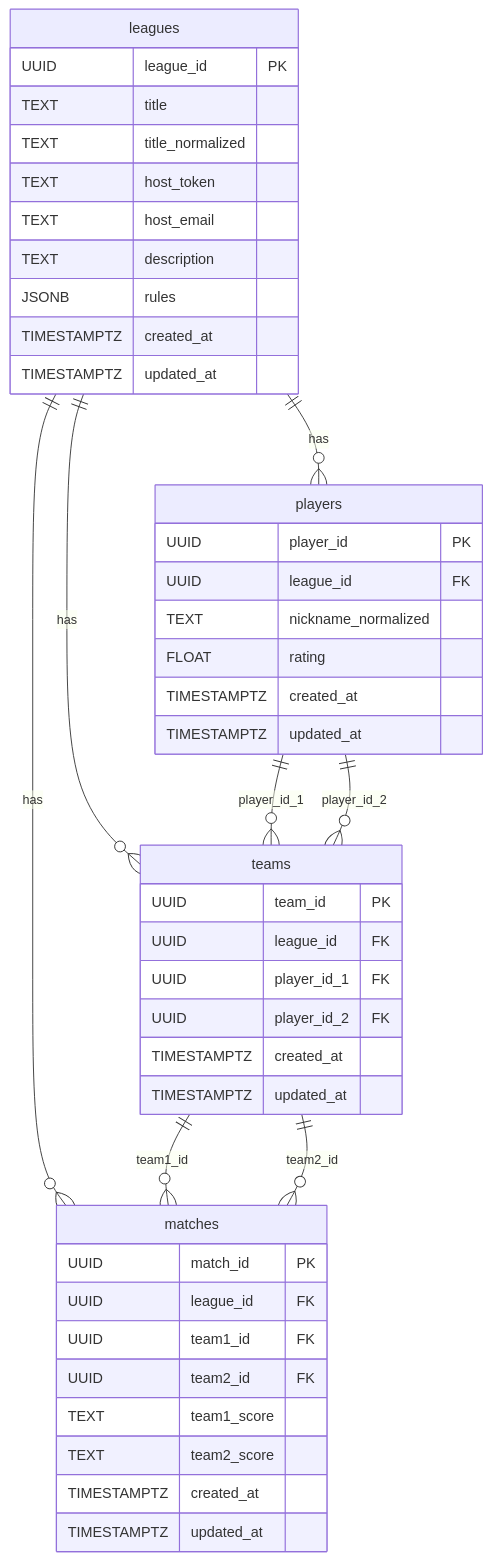
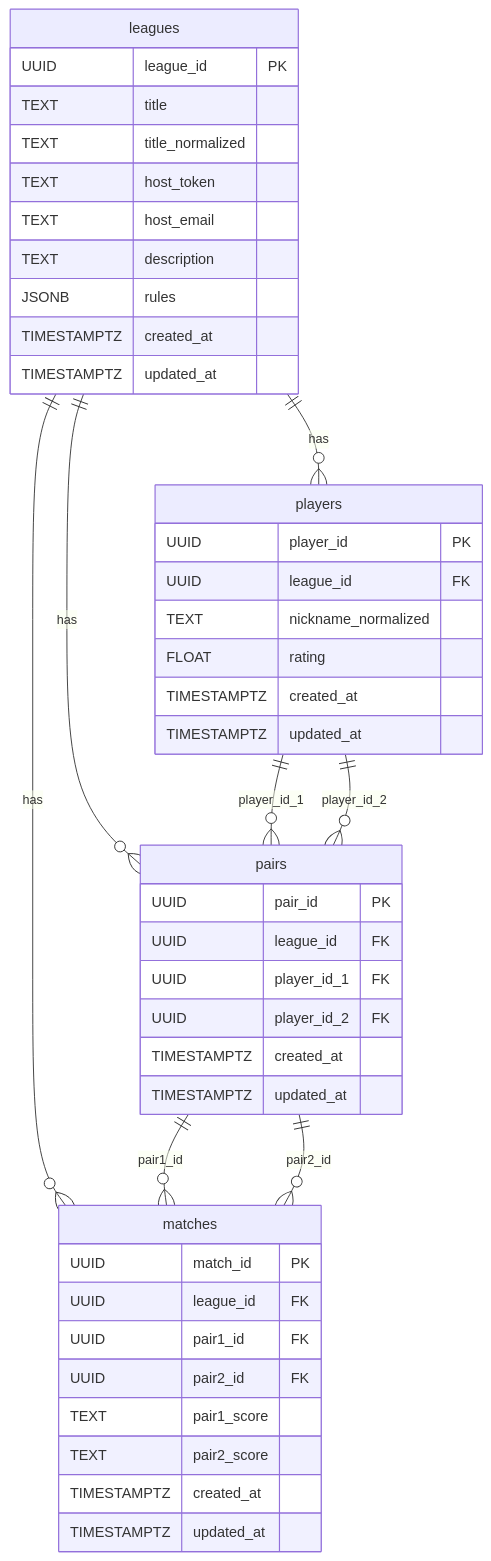
Before and after one commit to swjeong0825/TLMB_backend_main: the diagram in Design_Doc/TLMB_Design_doc/12_persistence_strategy.md, drawn with Mermaid. The commit also changed other lines of this file and 113 other files, not shown here.

Commit message:
team_to_pair_migration

````diff
--- a/Design_Doc/TLMB_Design_doc/12_persistence_strategy.md
+++ b/Design_Doc/TLMB_Design_doc/12_persistence_strategy.md
@@ -14,47 +14,47 @@
 ```mermaid
 erDiagram
     leagues {
         UUID league_id PK
         TEXT title
         TEXT title_normalized
         TEXT host_token
         TEXT host_email
         TEXT description
         JSONB rules
         TIMESTAMPTZ created_at
         TIMESTAMPTZ updated_at
     }
     players {
         UUID player_id PK
         UUID league_id FK
         TEXT nickname_normalized
         FLOAT rating
         TIMESTAMPTZ created_at
         TIMESTAMPTZ updated_at
     }
-    teams {
-        UUID team_id PK
+    pairs {
+        UUID pair_id PK
         UUID league_id FK
         UUID player_id_1 FK
         UUID player_id_2 FK
         TIMESTAMPTZ created_at
         TIMESTAMPTZ updated_at
     }
     matches {
         UUID match_id PK
         UUID league_id FK
-        UUID team1_id FK
-        UUID team2_id FK
-        TEXT team1_score
-        TEXT team2_score
+        UUID pair1_id FK
+        UUID pair2_id FK
+        TEXT pair1_score
+        TEXT pair2_score
         TIMESTAMPTZ created_at
         TIMESTAMPTZ updated_at
     }
     leagues ||--o{ players : "has"
-    leagues ||--o{ teams : "has"
+    leagues ||--o{ pairs : "has"
     leagues ||--o{ matches : "has"
-    players ||--o{ teams : "player_id_1"
-    players ||--o{ teams : "player_id_2"
-    teams ||--o{ matches : "team1_id"
-    teams ||--o{ matches : "team2_id"
+    players ||--o{ pairs : "player_id_1"
+    players ||--o{ pairs : "player_id_2"
+    pairs ||--o{ matches : "pair1_id"
+    pairs ||--o{ matches : "pair2_id"
 ```
````
